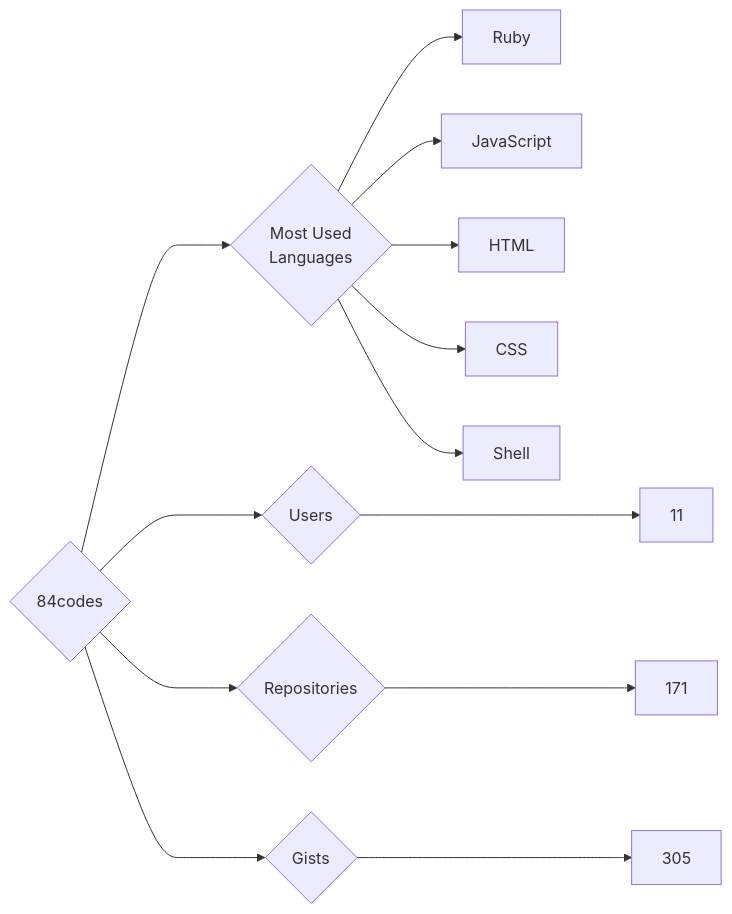
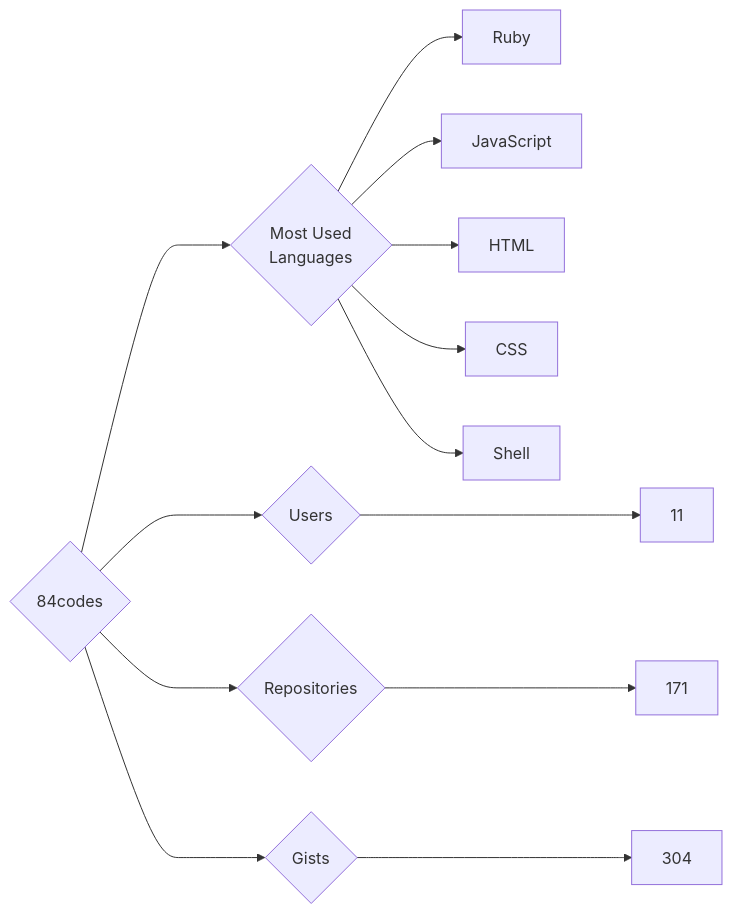
One commit to trickest/insiders changed the diagram in targets/84codes/README.md. Above: the diagram before and after it, drawn with Mermaid. The commit also changed 611 other files, not shown here.

````diff
--- a/targets/84codes/README.md
+++ b/targets/84codes/README.md
@@ -3,13 +3,13 @@
 ```mermaid
 graph LR
 COMPANY_NAME{84codes}
 COMPANY_NAME ---> U{Users} ---> UN[11]
 COMPANY_NAME ---> R{Repositories} ---> RN[171]
-COMPANY_NAME ---> G{Gists} ---> GN[305]
+COMPANY_NAME ---> G{Gists} ---> GN[304]
 COMPANY_NAME ---> ML{Most Used<br>Languages}
 ML --> Ruby[Ruby]
 ML --> JavaScript[JavaScript]
 ML --> HTML[HTML]
 ML --> CSS[CSS]
 ML --> Shell[Shell]
 ```
````
